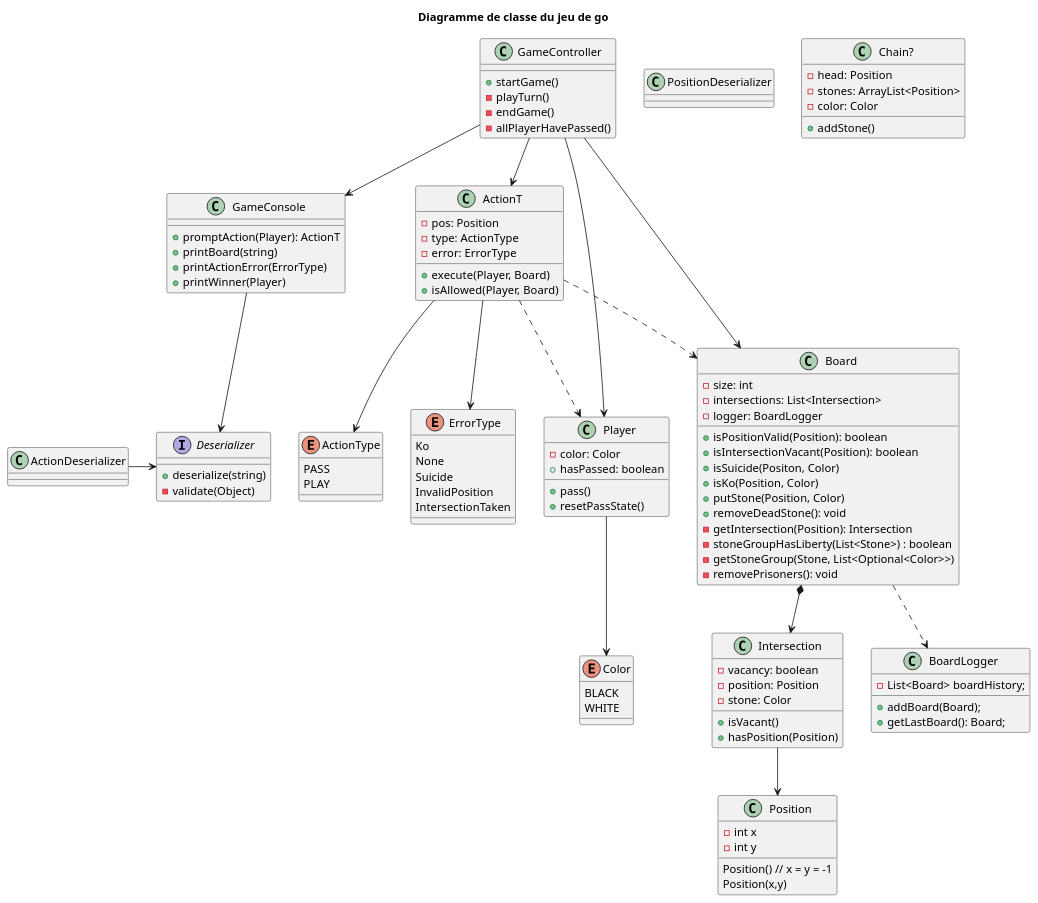
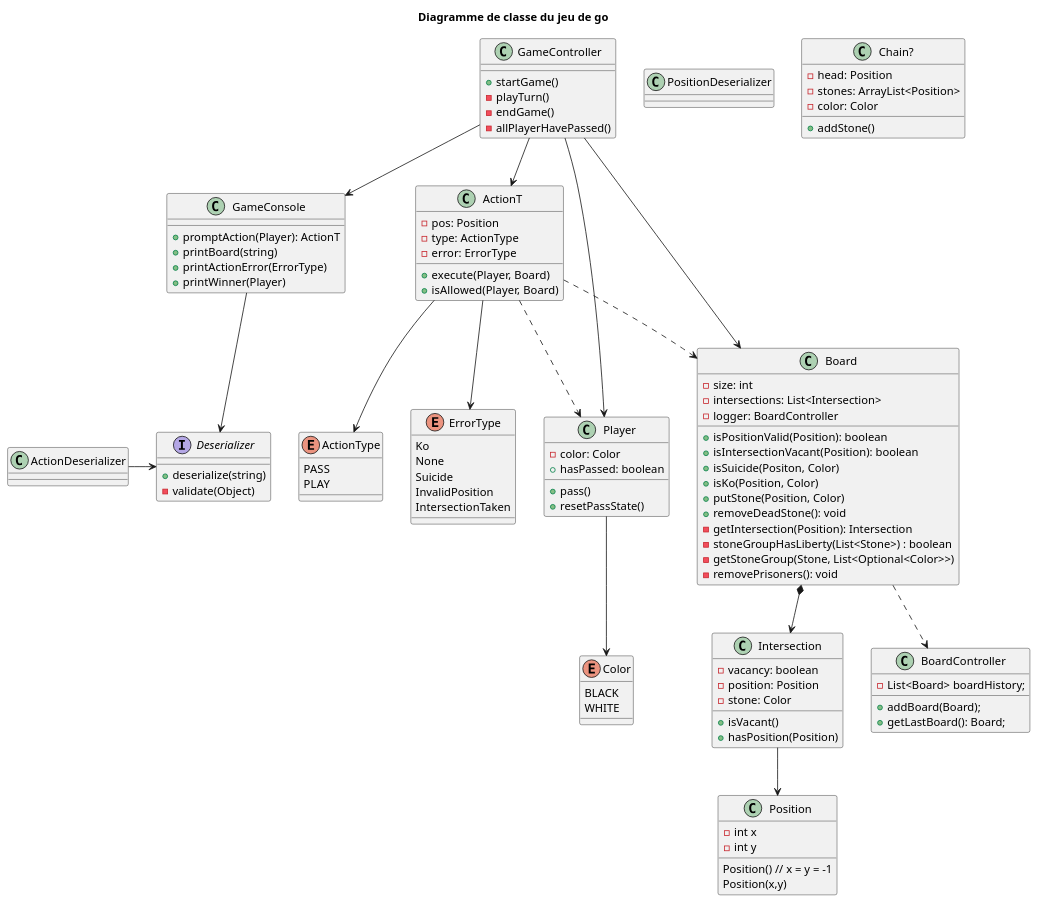
Before and after one commit to pierrelucueisd/compteurpoints-jeu-go-java: the diagram in Conception.puml, drawn with PlantUML. The commit also changed 11 other files, not shown here.

Commit message:
Modification des responsabilité de GameController Modification du BoardLogger pour un BoardController avec plus de responsabilité

```diff
--- a/Conception.puml
+++ b/Conception.puml
@@ -1,125 +1,125 @@
 @startuml
 
 title Diagramme de classe du jeu de go
 
 class GameController {
     + startGame()
     - playTurn()
     - endGame()
     - allPlayerHavePassed()
 }
 
 class GameConsole {
     + promptAction(Player): ActionT
     + printBoard(string)
     + printActionError(ErrorType)
     + printWinner(Player)
 }
 
 interface Deserializer {
     + deserialize(string)
     - validate(Object)
 }
 
 class PositionDeserializer {
 }
 
 class ActionT {
     - pos: Position
     - type: ActionType
     - error: ErrorType
     + execute(Player, Board)
     + isAllowed(Player, Board)
 }
 
 enum ActionType {
     PASS
     PLAY
 }
 
 enum ErrorType {
     Ko
     None
     Suicide
     InvalidPosition
     IntersectionTaken
 }
 
 class Player{
     - color: Color
     + hasPassed: boolean
     + pass()
     + resetPassState()
 }
 
 enum Color{
     BLACK
     WHITE
 }
 
 class Board {
     - size: int
     - intersections: List<Intersection>
-    - logger: BoardLogger
+    - logger: BoardController
     + isPositionValid(Position): boolean
     + isIntersectionVacant(Position): boolean
     + isSuicide(Positon, Color)
     + isKo(Position, Color)
     + putStone(Position, Color)
     + removeDeadStone(): void
     - getIntersection(Position): Intersection
     - stoneGroupHasLiberty(List<Stone>) : boolean
     - getStoneGroup(Stone, List<Optional<Color>>)
     - removePrisoners(): void
 }
 
-class BoardLogger {
+class BoardController {
     - List<Board> boardHistory;
     + addBoard(Board);
     + getLastBoard(): Board;
 }
 
 class Chain? {
 - head: Position
 - stones: ArrayList<Position>
 - color: Color
 + addStone()
 }
 
 class Intersection {
     - vacancy: boolean
     - position: Position
     - stone: Color
     + isVacant()
     + hasPosition(Position)
 }
 
 class Position {
     Position() // x = y = -1
     Position(x,y)
     - int x
     - int y
 }
 
 ActionT --> ActionType
 ActionT -.> Player
 ActionT -.> Board
 ActionT --> ErrorType
 
 Intersection --> Position
 
 Board *--> Intersection
-Board -.> BoardLogger
+Board -.> BoardController
 
 GameController --> ActionT
 GameController --> Board
 GameController --> Player
 GameController --> GameConsole
 
 GameConsole --> Deserializer
 
 ActionDeserializer -> Deserializer
 
 Player --> Color
 
 @enduml
```
